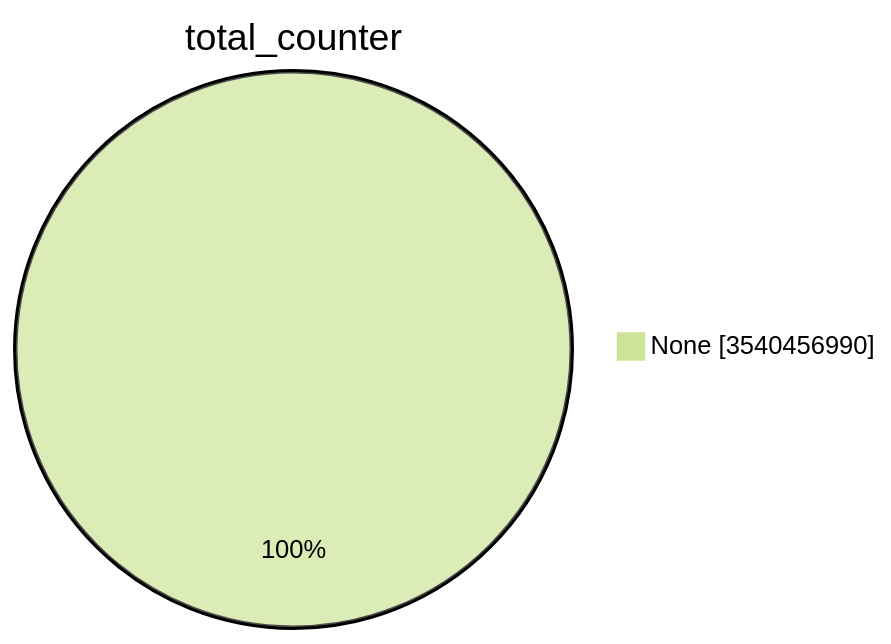
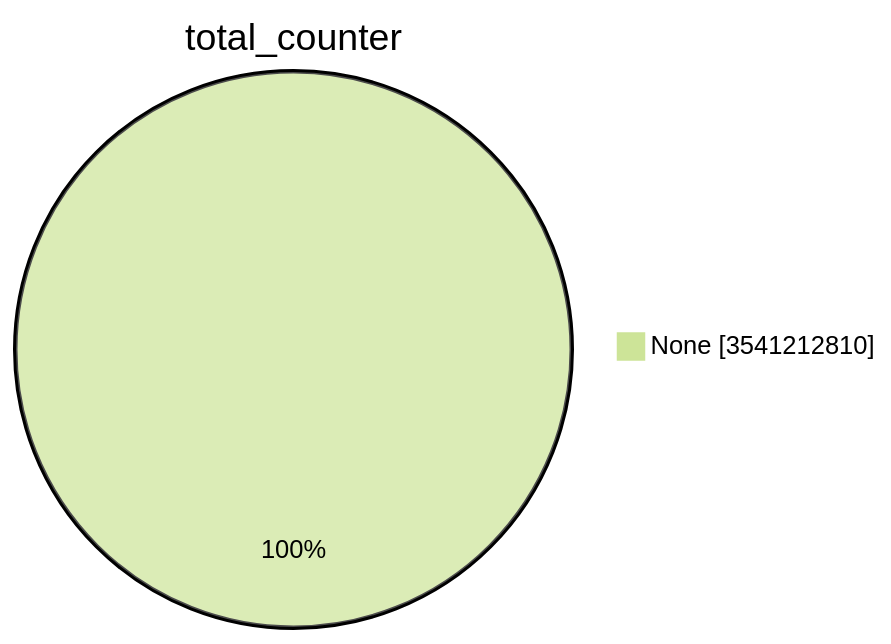
One commit to christiankrug/ctmonitor_visualization changed the first of 15 diagrams in TOTAL/README.md. Above: the diagram before and after it, drawn with Mermaid (forest theme). The commit also changed other lines of this file, not shown here.

````diff
--- a/TOTAL/README.md
+++ b/TOTAL/README.md
@@ -1,5 +1,5 @@
 ```mermaid
 pie showData
 title total_counter
-"None" :3540456990
+"None" :3541212810
 ```
````
